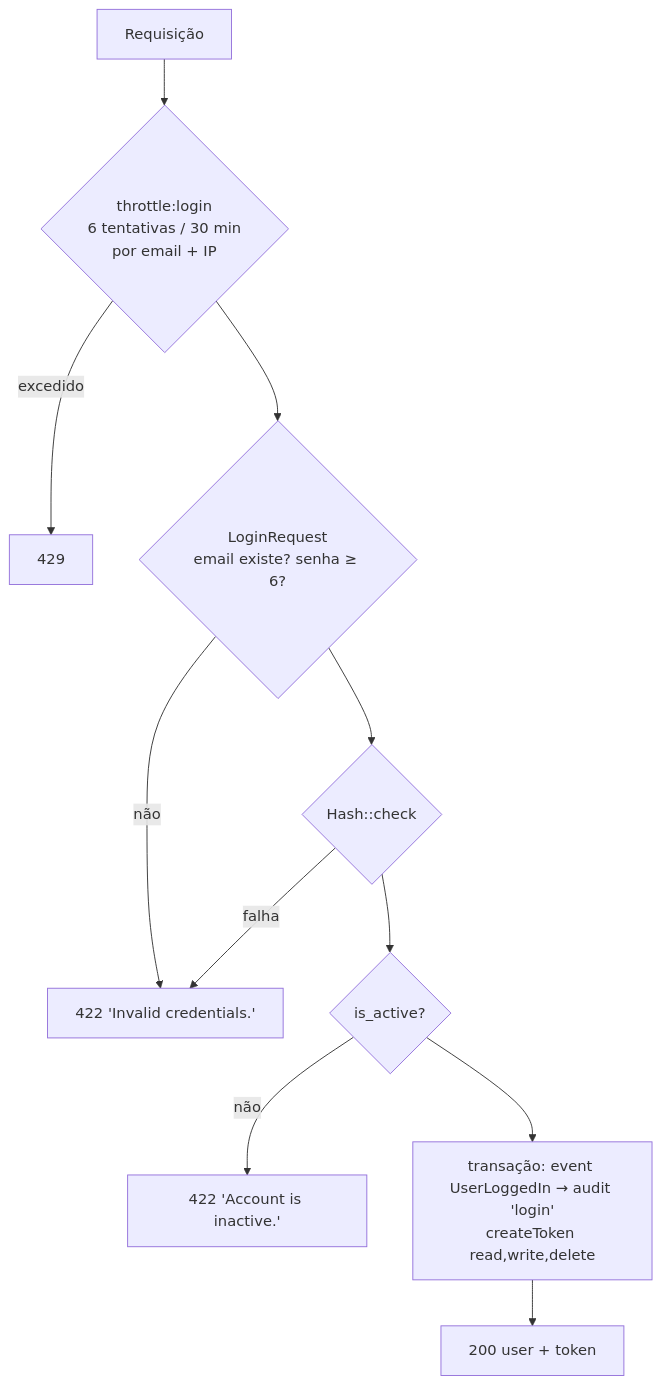
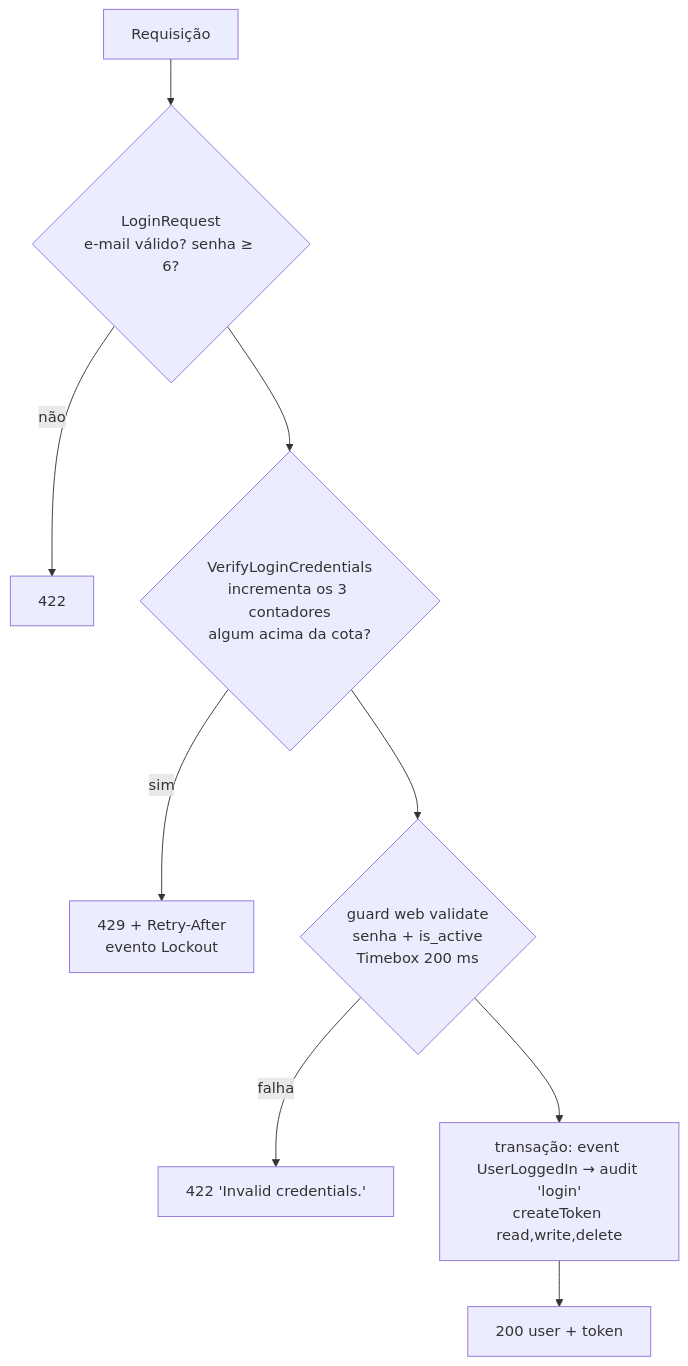
Before and after one commit to RafaSantos04/NAPI: the diagram in docs/security/authentication.md, drawn with Mermaid. The commit also changed other lines of this file and 8 other files, not shown here.

````diff
--- a/docs/security/authentication.md
+++ b/docs/security/authentication.md
@@ -20,13 +20,11 @@
 ```mermaid
 flowchart TD
-    A[Requisição] --> B{throttle:login<br/>6 tentativas / 30 min<br/>por email + IP}
-    B -- excedido --> Z1[429]
-    B --> C{LoginRequest<br/>email existe? senha ≥ 6?}
-    C -- não --> Z2[422 'Invalid credentials.']
-    C --> D{Hash::check}
-    D -- falha --> Z2
-    D --> E{is_active?}
-    E -- não --> Z3[422 'Account is inactive.']
-    E --> F[transação: event UserLoggedIn → audit 'login'<br/>createToken read,write,delete]
+    A[Requisição] --> C{LoginRequest<br/>e-mail válido? senha ≥ 6?}
+    C -- não --> Z0[422]
+    C --> B{VerifyLoginCredentials<br/>incrementa os 3 contadores<br/>algum acima da cota?}
+    B -- sim --> Z1[429 + Retry-After<br/>evento Lockout]
+    B --> D{guard web validate<br/>senha + is_active<br/>Timebox 200 ms}
+    D -- falha --> Z2[422 'Invalid credentials.']
+    D --> F[transação: event UserLoggedIn → audit 'login'<br/>createToken read,write,delete]
     F --> H[200 user + token]
 ```
````
